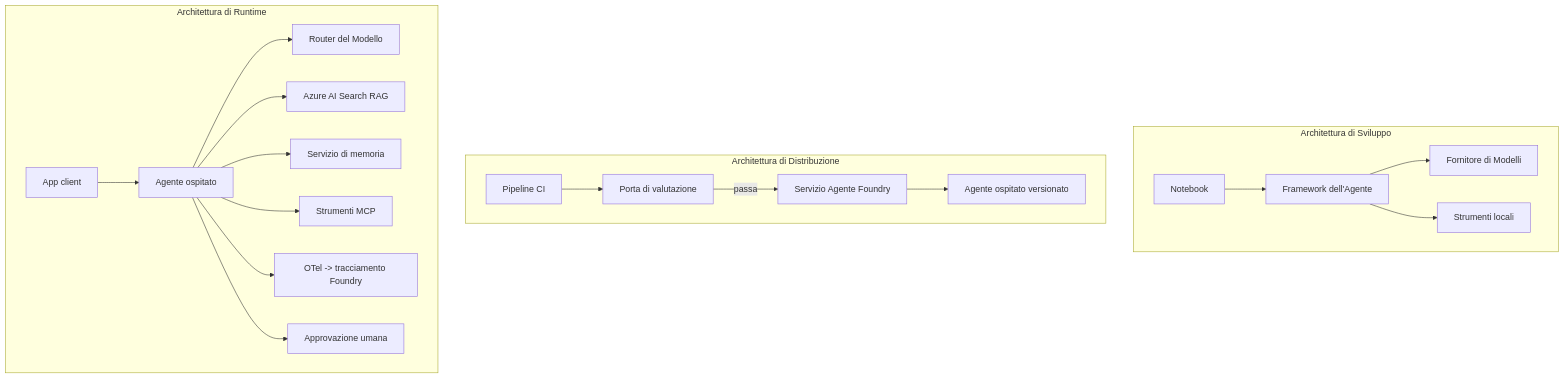
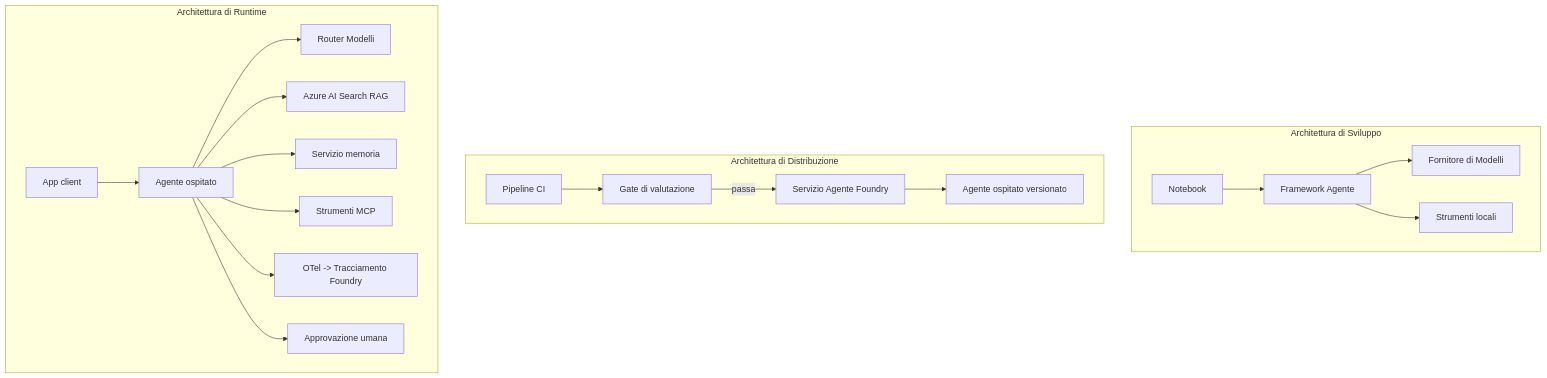
The fourth of 4 diagrams in translations/it/16-deploying-scalable-agents/README.md (microsoft/ai-agents-for-beginners), drawn with Mermaid before and after one commit. The commit also changed other lines of this file and 47 other files, not shown here.

````diff
--- a/translations/it/16-deploying-scalable-agents/README.md
+++ b/translations/it/16-deploying-scalable-agents/README.md
@@ -185,22 +185,22 @@
 ```mermaid
 flowchart TB
     subgraph Dev[Architettura di Sviluppo]
-        D1[Notebook] --> D2[Framework dell'Agente]
+        D1[Notebook] --> D2[Framework Agente]
         D2 --> D3[Fornitore di Modelli]
         D2 --> D4[Strumenti locali]
     end
     subgraph Deploy[Architettura di Distribuzione]
-        E1[Pipeline CI] --> E2[Porta di valutazione]
+        E1[Pipeline CI] --> E2[Gate di valutazione]
         E2 -->|passa| E3[Servizio Agente Foundry]
         E3 --> E4[Agente ospitato versionato]
     end
     subgraph Run[Architettura di Runtime]
         F1[App client] --> F2[Agente ospitato]
-        F2 --> F3[Router del Modello]
+        F2 --> F3[Router Modelli]
         F2 --> F4[Azure AI Search RAG]
-        F2 --> F5[Servizio di memoria]
+        F2 --> F5[Servizio memoria]
         F2 --> F6[Strumenti MCP]
-        F2 --> F7[OTel -> tracciamento Foundry]
+        F2 --> F7[OTel -> Tracciamento Foundry]
         F2 --> F8[Approvazione umana]
     end
 ```
````
